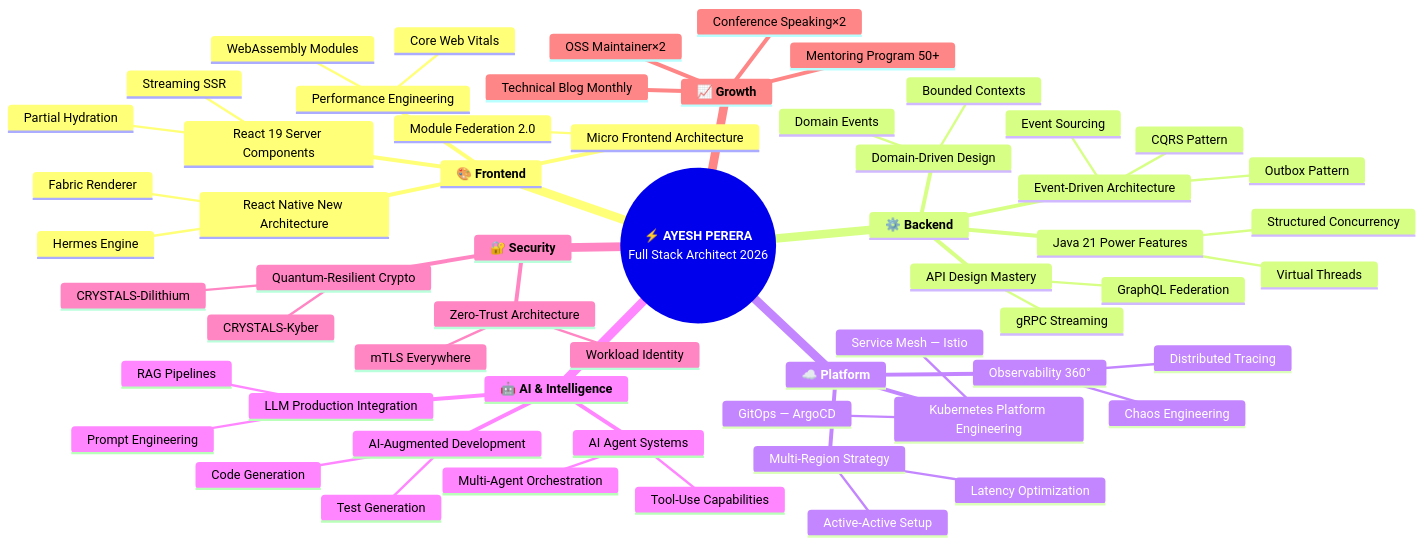
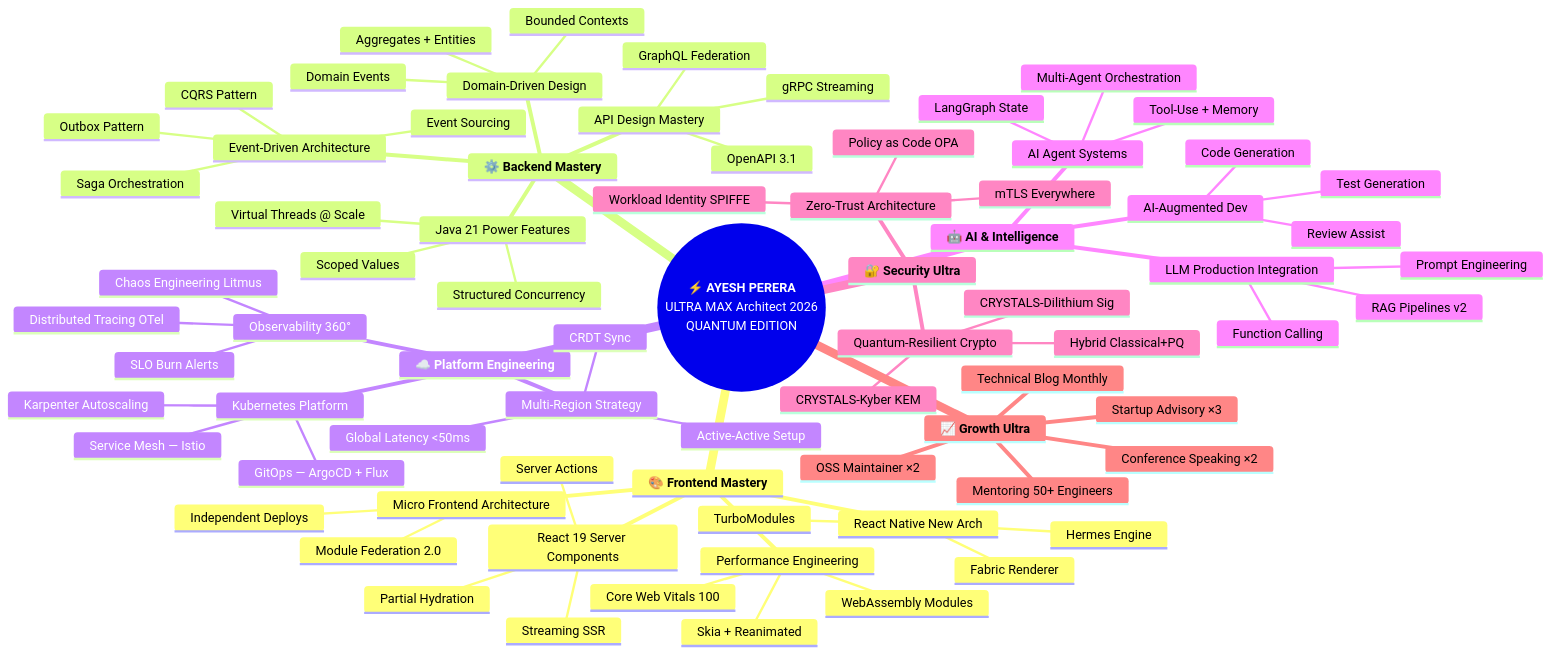
Diagram 15 of 21 in README.md (Ayesh2929/Ayesh2929), drawn with Mermaid before and after one commit. The commit also changed other lines of this file, not shown here.

Commit message:
feat: ULTRA MAX v10.0 Quantum RAW — deep secret vault + character universe + object gallery + 12-chart telemetry + advance design

````diff
--- a/README.md
+++ b/README.md
@@ -782,62 +1580,79 @@
 ```mermaid
 mindmap
-  root((**⚡ AYESH PERERA**<br/>Full Stack Architect 2026))
-    **🎨 Frontend**
+  root((**⚡ AYESH PERERA**<br/>ULTRA MAX Architect 2026<br/>QUANTUM EDITION))
+    **🎨 Frontend Mastery**
       React 19 Server Components
         Streaming SSR
         Partial Hydration
+        Server Actions
       Micro Frontend Architecture
         Module Federation 2.0
+        Independent Deploys
       Performance Engineering
-        Core Web Vitals
+        Core Web Vitals 100
         WebAssembly Modules
-      React Native New Architecture
+        Skia + Reanimated
+      React Native New Arch
         Fabric Renderer
+        TurboModules
         Hermes Engine
-    **⚙️ Backend**
+    **⚙️ Backend Mastery**
       Domain-Driven Design
         Bounded Contexts
+        Aggregates + Entities
         Domain Events
       Event-Driven Architecture
         CQRS Pattern
         Event Sourcing
         Outbox Pattern
+        Saga Orchestration
       Java 21 Power Features
-        Virtual Threads
+        Virtual Threads @ Scale
         Structured Concurrency
+        Scoped Values
       API Design Mastery
         GraphQL Federation
         gRPC Streaming
-    **☁️ Platform**
-      Kubernetes Platform Engineering
+        OpenAPI 3.1
+    **☁️ Platform Engineering**
+      Kubernetes Platform
         Service Mesh — Istio
-        GitOps — ArgoCD
+        GitOps — ArgoCD + Flux
+        Karpenter Autoscaling
       Observability 360°
-        Distributed Tracing
-        Chaos Engineering
+        Distributed Tracing OTel
+        Chaos Engineering Litmus
+        SLO Burn Alerts
       Multi-Region Strategy
         Active-Active Setup
-        Latency Optimization
+        Global Latency <50ms
+        CRDT Sync
     **🤖 AI & Intelligence**
       LLM Production Integration
-        RAG Pipelines
+        RAG Pipelines v2
         Prompt Engineering
+        Function Calling
       AI Agent Systems
         Multi-Agent Orchestration
-        Tool-Use Capabilities
-      AI-Augmented Development
+        Tool-Use + Memory
+        LangGraph State
+      AI-Augmented Dev
         Code Generation
         Test Generation
-    **🔐 Security**
+        Review Assist
+    **🔐 Security Ultra**
       Zero-Trust Architecture
         mTLS Everywhere
-        Workload Identity
+        Workload Identity SPIFFE
+        Policy as Code OPA
       Quantum-Resilient Crypto
-        CRYSTALS-Kyber
-        CRYSTALS-Dilithium
-    **📈 Growth**
-      OSS Maintainer×2
-      Conference Speaking×2
+        CRYSTALS-Kyber KEM
+        CRYSTALS-Dilithium Sig
+        Hybrid Classical+PQ
+    **📈 Growth Ultra**
+      OSS Maintainer ×2
+      Conference Speaking ×2
       Technical Blog Monthly
-      Mentoring Program 50+
+      Mentoring 50+ Engineers
+      Startup Advisory ×3
 ```
````
